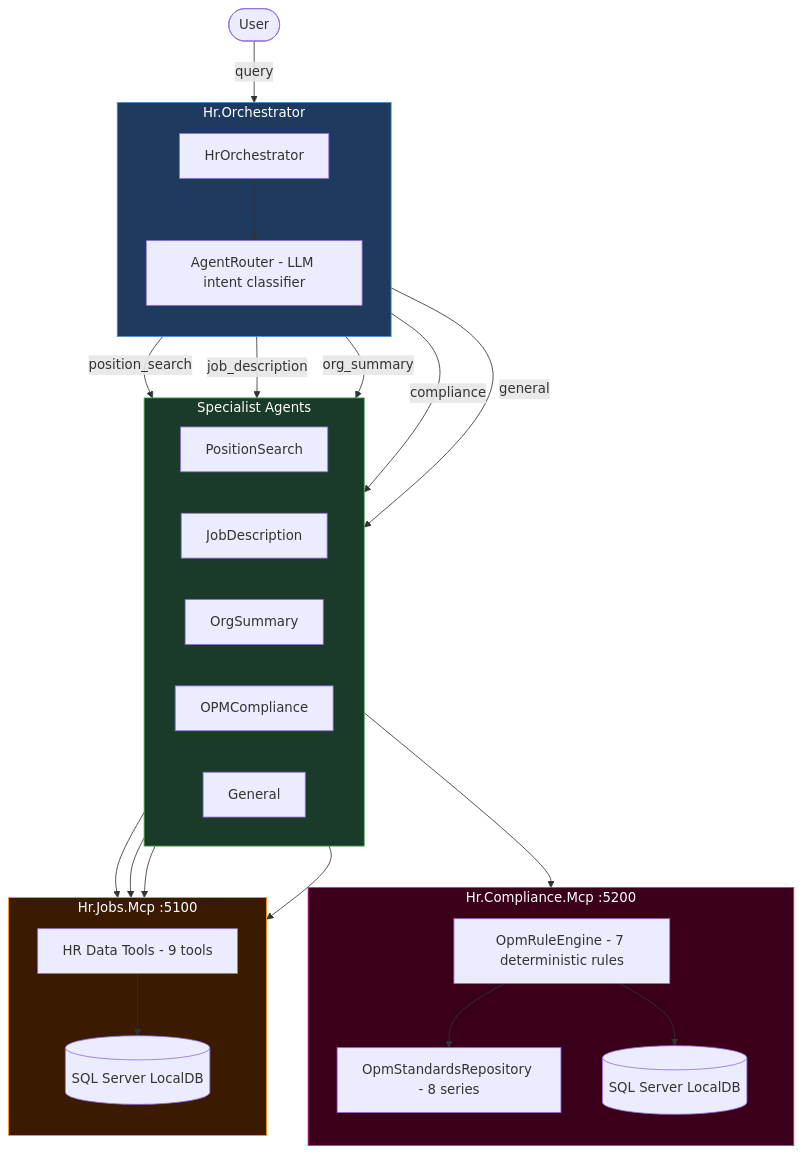
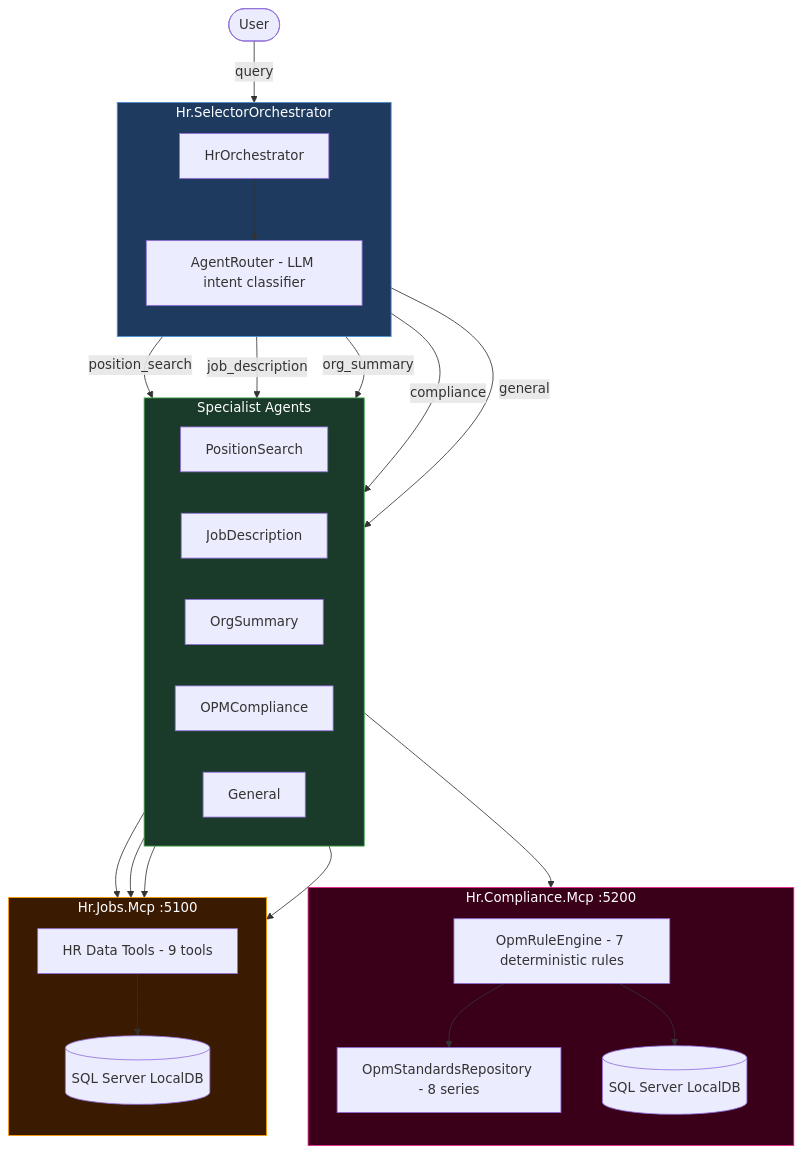
The diagram in README.md (workcontrolgit/DotnetMultiAgentsTutorial), drawn with Mermaid before and after one commit. The commit also changed other lines of this file and 24 other files, not shown here.

Commit message:
refactor: rename Hr.Orchestrator to Hr.SelectorOrchestrator for naming consistency

````diff
--- a/README.md
+++ b/README.md
@@ -27,55 +27,55 @@
 ```mermaid
 flowchart TD
     User(["User"])
 
     User -->|query| Orchestrator
 
-    subgraph ORC["Hr.Orchestrator"]
+    subgraph ORC["Hr.SelectorOrchestrator"]
         direction TB
         Orchestrator["HrOrchestrator"]
         Router["AgentRouter - LLM intent classifier"]
         Orchestrator --> Router
     end
 
     Router -->|position_search| PS
     Router -->|job_description| JD
     Router -->|org_summary| OS
     Router -->|compliance| CA
     Router -->|general| GA
 
     subgraph AGENTS["Specialist Agents"]
         direction LR
         PS["PositionSearch"]
         JD["JobDescription"]
         OS["OrgSummary"]
         CA["OPMCompliance"]
         GA["General"]
     end
 
     PS --> MCP1
     JD --> MCP1
     OS --> MCP1
     CA --> MCP1
     CA --> MCP2
 
     subgraph MCP1["Hr.Jobs.Mcp :5100"]
         direction TB
         HrTools["HR Data Tools - 9 tools"]
         DB1[("SQL Server LocalDB")]
         HrTools --> DB1
     end
 
     subgraph MCP2["Hr.Compliance.Mcp :5200"]
         direction TB
         RuleEngine["OpmRuleEngine - 7 deterministic rules"]
         Repo["OpmStandardsRepository - 8 series"]
         DB2[("SQL Server LocalDB")]
         RuleEngine --> Repo
         RuleEngine --> DB2
     end
 
     style ORC fill:#1e3a5f,color:#fff,stroke:#4a90d9
     style AGENTS fill:#1a3a2a,color:#fff,stroke:#4caf50
     style MCP1 fill:#3a1a00,color:#fff,stroke:#ff9800
     style MCP2 fill:#3a001a,color:#fff,stroke:#e91e8c
 ```
````
